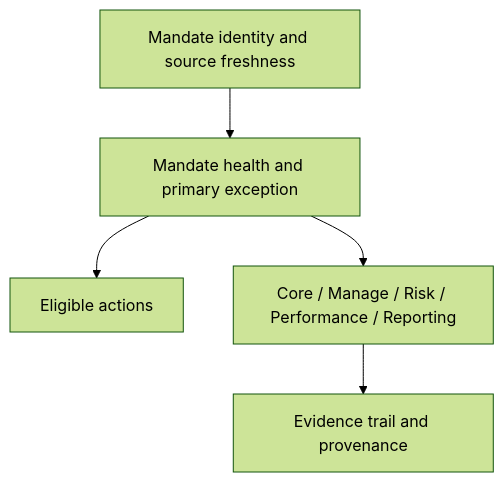
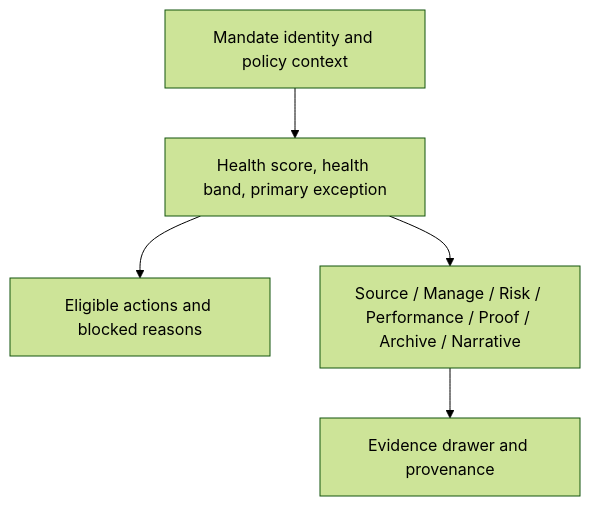
The third of 3 diagrams in docs/rfcs/RFC-0098-dpm-mandate-command-center-experience.md (sgajbi/advisor-workbench), drawn with Mermaid (forest theme) before and after one commit. The commit also changed other lines of this file, not shown here.

````diff
--- a/docs/rfcs/RFC-0098-dpm-mandate-command-center-experience.md
+++ b/docs/rfcs/RFC-0098-dpm-mandate-command-center-experience.md
@@ -171,7 +306,8 @@
 ```mermaid
 flowchart TB
-    Identity[Mandate identity and source freshness] --> Health[Mandate health and primary exception]
-    Health --> Actions[Eligible actions]
-    Health --> Sections[Core / Manage / Risk / Performance / Reporting]
-    Sections --> Evidence[Evidence trail and provenance]
+    Identity[Mandate identity and policy context]
+    Identity --> Health[Health score, health band, primary exception]
+    Health --> ActionRail[Eligible actions and blocked reasons]
+    Health --> Modules[Source / Manage / Risk / Performance / Proof / Archive / Narrative]
+    Modules --> Evidence[Evidence drawer and provenance]
 ```
````
